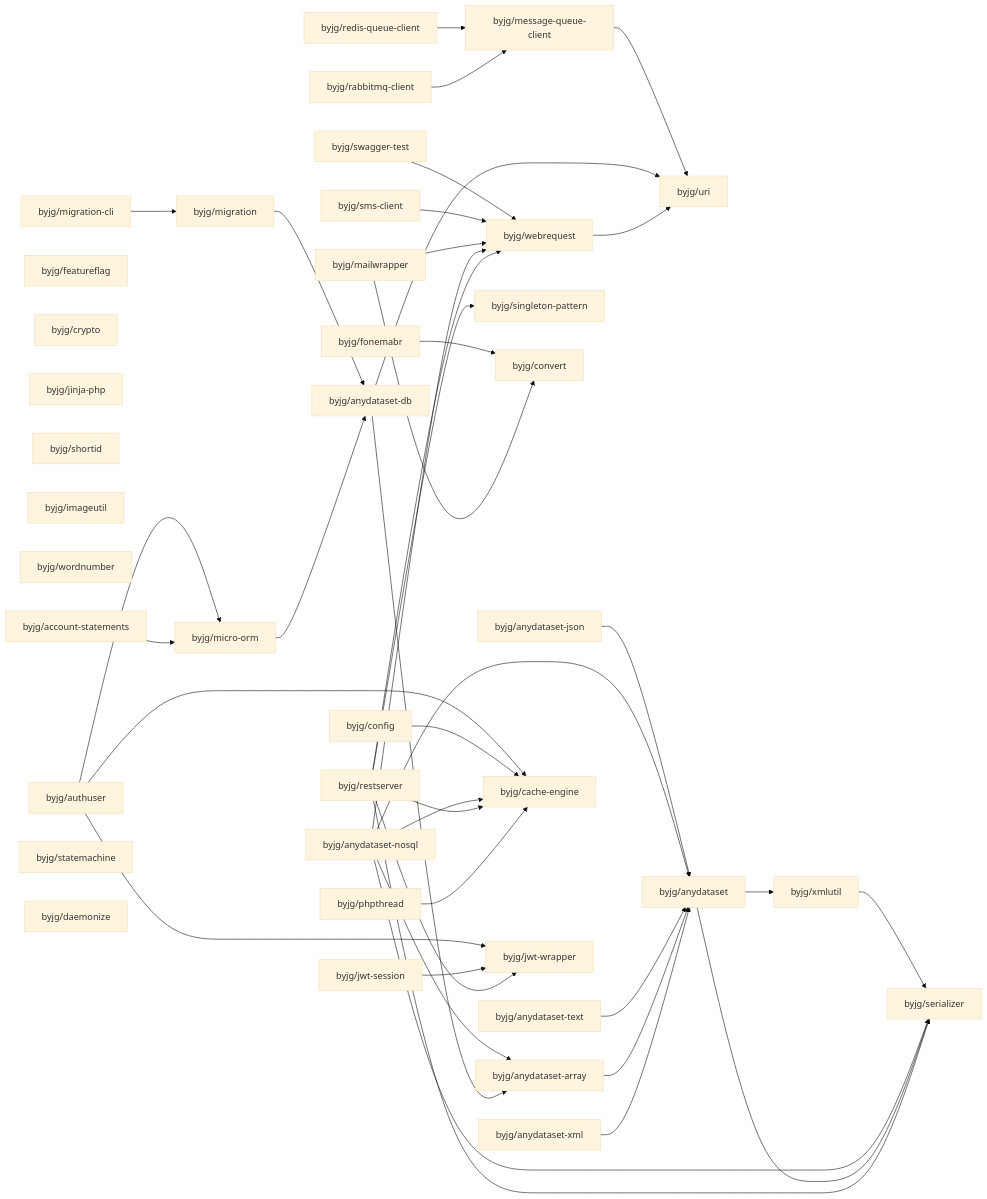
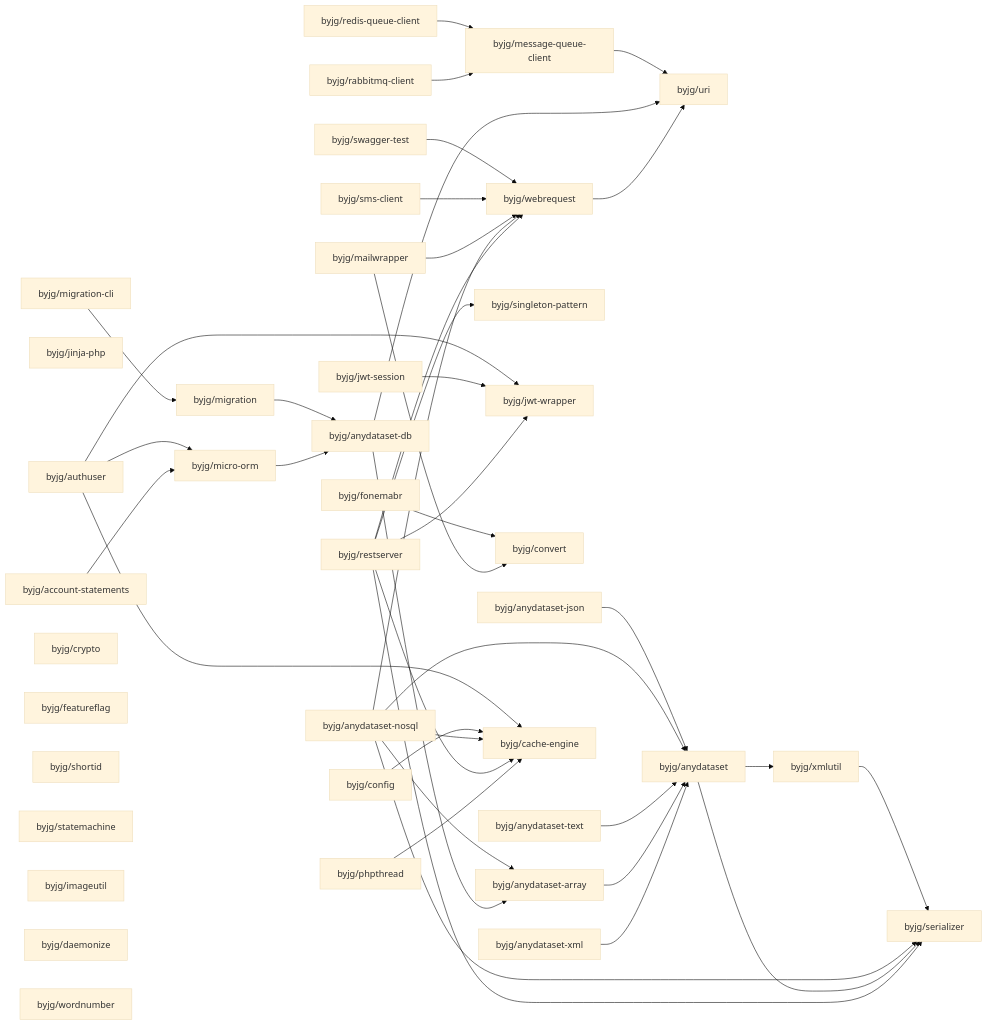
One commit to byjg/byjg.github.io changed the diagram in docs/php/README.md. Above: the diagram before and after it, drawn with Mermaid (base theme). The commit also changed other lines of this file and 8 other files, not shown here.

Commit message:
Update documentation 'php' 'php-daemonize'

````diff
--- a/docs/php/README.md
+++ b/docs/php/README.md
@@ -3,80 +3,80 @@
 ```mermaid
 graph LR;
+  byjg/fonemabr;
+  byjg/anydataset-nosql;
+  byjg/jwt-session;
+  byjg/authuser;
+  byjg/jinja-php;
+  byjg/anydataset-text;
+  byjg/migration-cli;
   byjg/account-statements;
+  byjg/restserver;
+  byjg/mailwrapper;
+  byjg/anydataset-xml;
+  byjg/phpthread;
+  byjg/rabbitmq-client;
+  byjg/crypto;
   byjg/featureflag;
-  byjg/restserver;
-  byjg/anydataset-text;
-  byjg/fonemabr;
-  byjg/crypto;
-  byjg/jinja-php;
+  byjg/sms-client;
   byjg/shortid;
-  byjg/imageutil;
-  byjg/anydataset-nosql;
-  byjg/wordnumber;
-  byjg/authuser;
-  byjg/mailwrapper;
-  byjg/phpthread;
-  byjg/migration-cli;
   byjg/swagger-test;
   byjg/anydataset-json;
-  byjg/sms-client;
+  byjg/statemachine;
+  byjg/imageutil;
+  byjg/daemonize;
+  byjg/wordnumber;
   byjg/redis-queue-client;
-  byjg/anydataset-xml;
-  byjg/rabbitmq-client;
-  byjg/statemachine;
   byjg/config;
-  byjg/jwt-session;
-  byjg/daemonize;
+  byjg/migration;
+  byjg/micro-orm;
   byjg/singleton-pattern;
-  byjg/micro-orm;
+  byjg/jwt-wrapper;
   byjg/convert;
-  byjg/migration;
   byjg/webrequest;
   byjg/message-queue-client;
   byjg/cache-engine;
-  byjg/jwt-wrapper;
   byjg/anydataset-db;
   byjg/anydataset-array;
   byjg/uri;
   byjg/anydataset;
   byjg/xmlutil;
   byjg/serializer;
   byjg/migration --> byjg/anydataset-db;
   byjg/fonemabr --> byjg/convert;
   byjg/swagger-test --> byjg/webrequest;
   byjg/authuser --> byjg/micro-orm;
   byjg/authuser --> byjg/cache-engine;
   byjg/authuser --> byjg/jwt-wrapper;
   byjg/config --> byjg/cache-engine;
   byjg/message-queue-client --> byjg/uri;
   byjg/sms-client --> byjg/webrequest;
   byjg/xmlutil --> byjg/serializer;
   byjg/anydataset-json --> byjg/anydataset;
   byjg/mailwrapper --> byjg/convert;
   byjg/mailwrapper --> byjg/webrequest;
   byjg/anydataset-nosql --> byjg/anydataset;
   byjg/anydataset-nosql --> byjg/anydataset-array;
   byjg/anydataset-nosql --> byjg/serializer;
   byjg/anydataset-nosql --> byjg/webrequest;
   byjg/anydataset-nosql --> byjg/cache-engine;
   byjg/migration-cli --> byjg/migration;
   byjg/redis-queue-client --> byjg/message-queue-client;
   byjg/jwt-session --> byjg/jwt-wrapper;
   byjg/anydataset --> byjg/serializer;
   byjg/anydataset --> byjg/xmlutil;
   byjg/anydataset-db --> byjg/anydataset-array;
   byjg/anydataset-db --> byjg/uri;
   byjg/anydataset-text --> byjg/anydataset;
   byjg/restserver --> byjg/serializer;
   byjg/restserver --> byjg/singleton-pattern;
   byjg/restserver --> byjg/cache-engine;
   byjg/restserver --> byjg/webrequest;
   byjg/restserver --> byjg/jwt-wrapper;
   byjg/account-statements --> byjg/micro-orm;
   byjg/webrequest --> byjg/uri;
   byjg/micro-orm --> byjg/anydataset-db;
   byjg/anydataset-array --> byjg/anydataset;
   byjg/anydataset-xml --> byjg/anydataset;
   byjg/phpthread --> byjg/cache-engine;
   byjg/rabbitmq-client --> byjg/message-queue-client;
 ```
````
